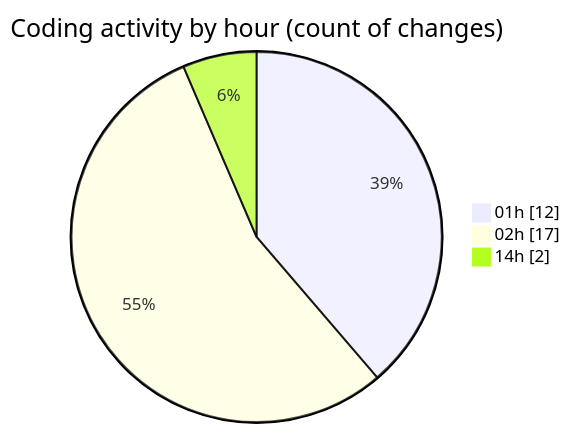
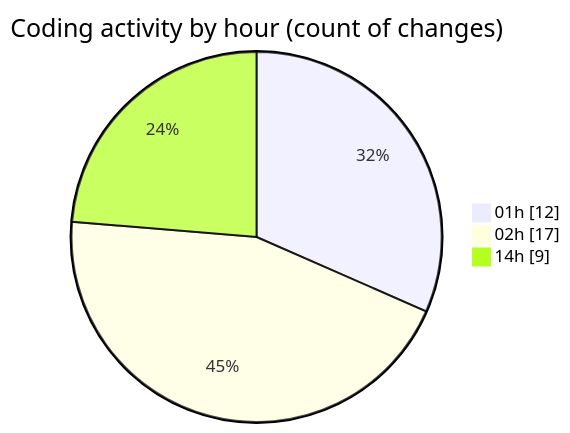
One commit to julien-gomy/code-tracking changed the second of 2 diagrams in 2025-11-16/eventscop-frontend-guide__workspace_/README.md. Above: the diagram before and after it, drawn with Mermaid. The commit also changed other lines of this file and 1 other file, not shown here.

````diff
--- a/2025-11-16/eventscop-frontend-guide__workspace_/README.md
+++ b/2025-11-16/eventscop-frontend-guide__workspace_/README.md
@@ -37,7 +37,7 @@
 ```mermaid
 pie showData
 title Coding activity by hour (count of changes)
 "01h" : 12
 "02h" : 17
-"14h" : 2
+"14h" : 9
 ```
````
